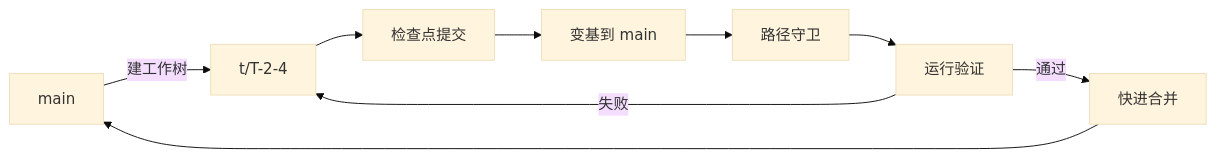
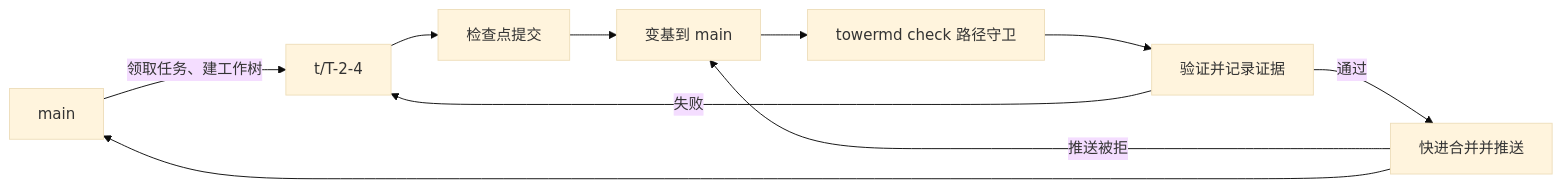
The third of 7 diagrams in docs/specs/2026-10-16-spec-towermd-layered-agent-canvas-mvp.md (wizlijun/tower.md), drawn with Mermaid (base theme) before and after one commit. The commit also changed other lines of this file and 1 other file, not shown here.

````diff
--- a/docs/specs/2026-10-16-spec-towermd-layered-agent-canvas-mvp.md
+++ b/docs/specs/2026-10-16-spec-towermd-layered-agent-canvas-mvp.md
@@ -495,11 +600,12 @@
 ```mermaid
 flowchart LR
-  M["main"] -->|"建工作树"| T["t/T-2-4"]
+  M["main"] -->|"领取任务、建工作树"| T["t/T-2-4"]
   T --> C["检查点提交"]
   C --> R["变基到 main"]
-  R --> G["路径守卫"]
-  G --> V["运行验证"]
-  V -->|"通过"| F["快进合并"]
+  R --> G["towermd check 路径守卫"]
+  G --> V["验证并记录证据"]
+  V -->|"通过"| F["快进合并并推送"]
   V -->|"失败"| T
+  F -->|"推送被拒"| R
   F --> M
 ```
````
